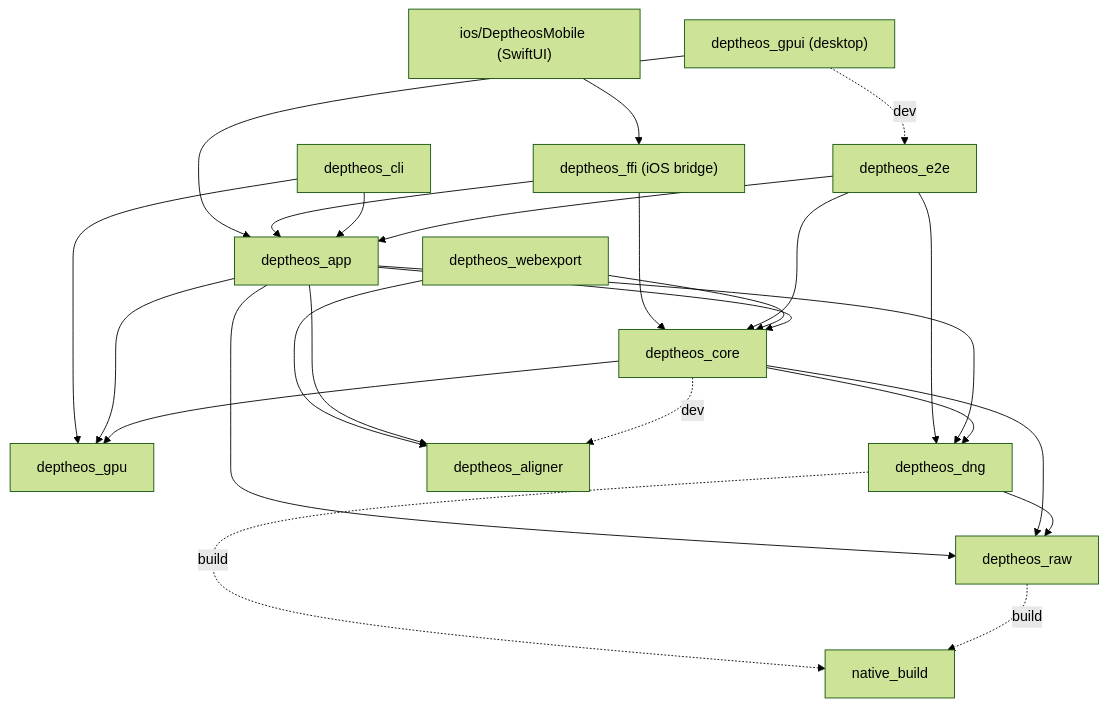
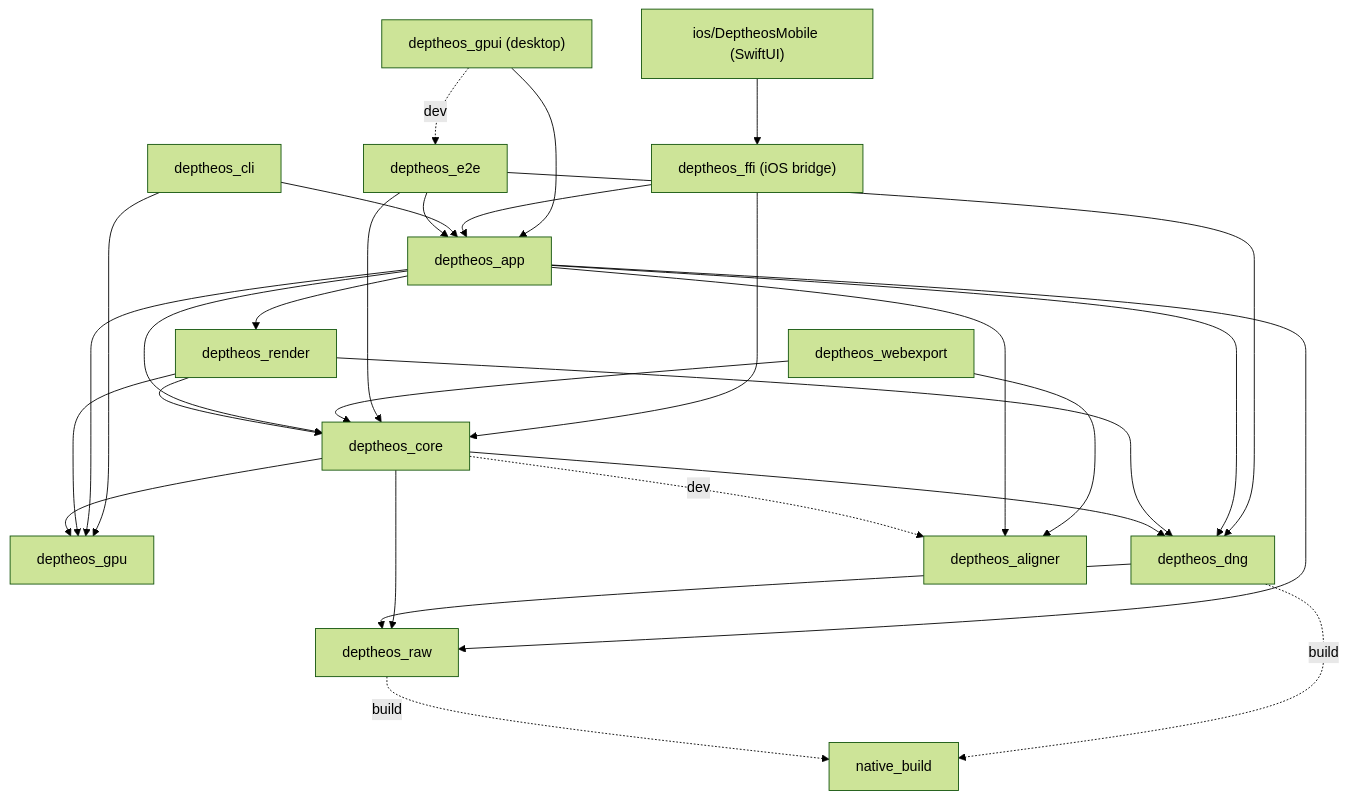
One commit to ryanmitts/deptheos changed the first of 2 diagrams in docs/architecture.md. Above: the diagram before and after it, drawn with Mermaid (forest theme). The commit also changed other lines of this file and 33 other files, not shown here.

Commit message:
The color render moves to its own crate, deptheos_render, out of the stackers' reach; saves take the engine

````diff
--- a/docs/architecture.md
+++ b/docs/architecture.md
@@ -18,27 +19,31 @@
 ```mermaid
 graph TD
   ios["ios/DeptheosMobile (SwiftUI)"] --> ffi
   gpui["deptheos_gpui (desktop)"] --> app
   ffi["deptheos_ffi (iOS bridge)"] --> app
   ffi --> core
   cli[deptheos_cli] --> app
   cli --> gpu
   e2e[deptheos_e2e] --> app
   e2e --> core
   e2e --> dng
   webexport[deptheos_webexport] --> core
   webexport --> aligner
   app[deptheos_app] --> core
   app --> aligner[deptheos_aligner]
   app --> dng
   app --> gpu
   app --> raw
+  app --> render[deptheos_render]
+  render --> core
+  render --> dng
+  render --> gpu
   core[deptheos_core] --> gpu[deptheos_gpu]
   core --> dng[deptheos_dng]
   core --> raw[deptheos_raw]
   dng --> raw
   dng -. build .-> nb[native_build]
   raw -. build .-> nb
   gpui -. dev .-> e2e
   core -. dev .-> aligner
 ```
````
